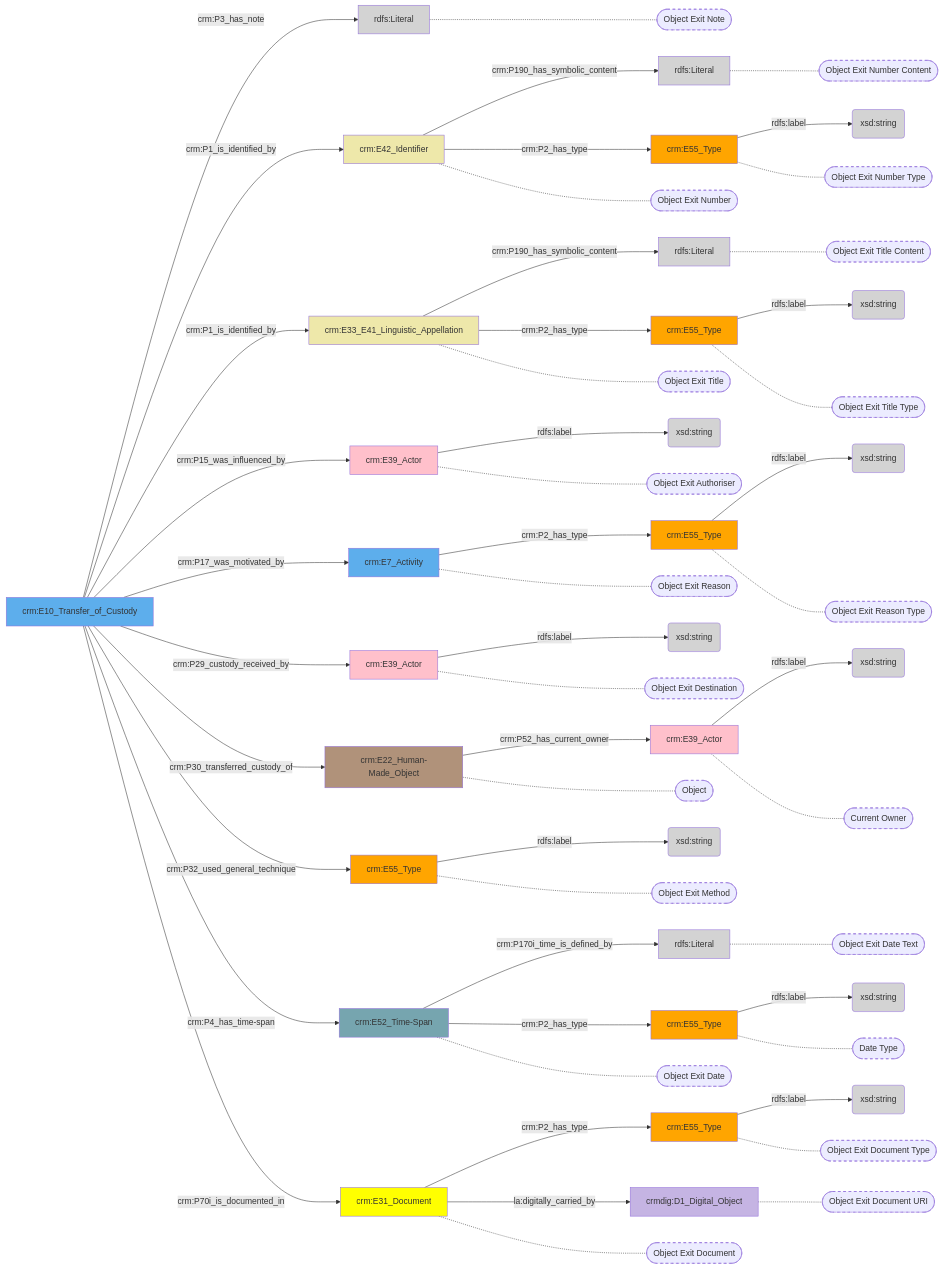
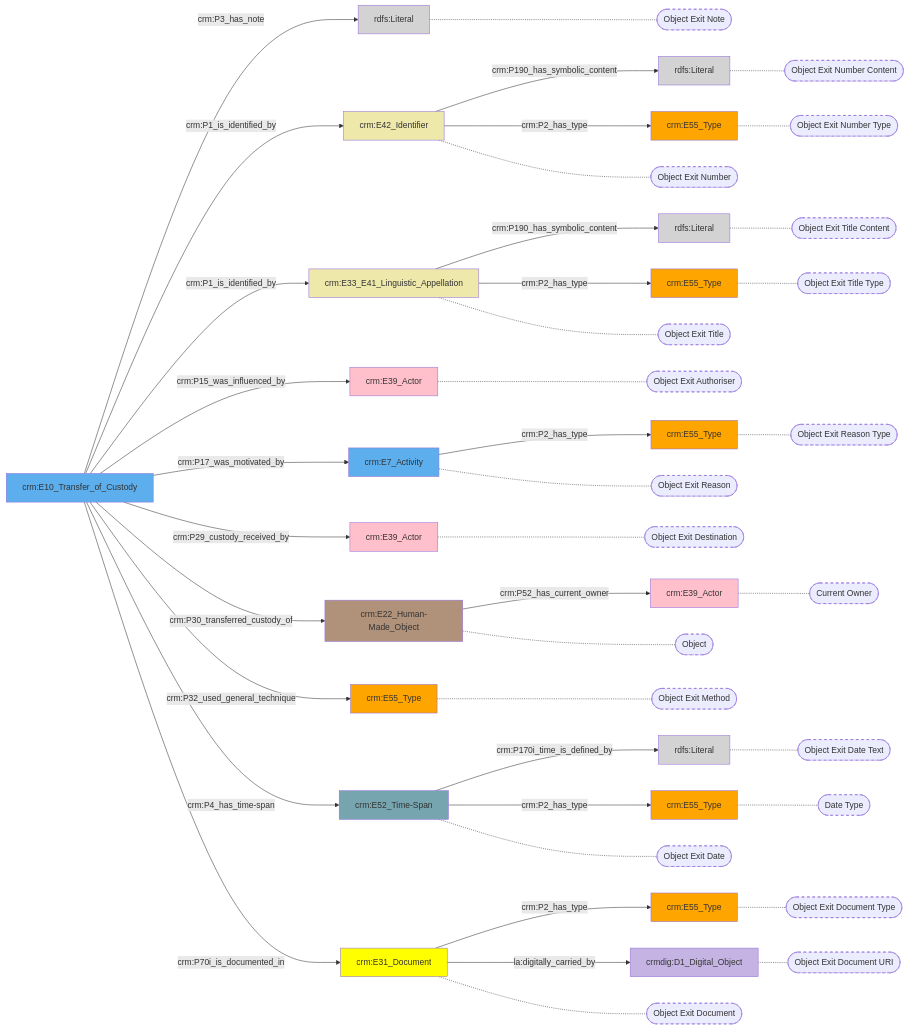
Before and after one commit to digipolisantwerpdocumentation/antwerp-cultureel-erfgoed: the diagram in docs/content/modellen/ObjectExit/na.md, drawn with Mermaid. The commit also changed 170 other files, not shown here.

````diff
--- a/docs/content/modellen/ObjectExit/na.md
+++ b/docs/content/modellen/ObjectExit/na.md
@@ -1,18 +1,30 @@
 ```mermaid
 graph LR
-c45a12c8-f0e5-11ee-87ed-960002548b4f["crm:E55_Type"]-->|"rdfs:label"|d2197a23-f0e5-11ee-87b8-960002548b4f(xsd:string)
+style a59d46eb-f0e5-11ee-a7f7-960002548b4f fill:#D3D3D3
+style c45a12c8-f0e5-11ee-87ed-960002548b4f fill:#ffa500
+style d8da3363-e53d-11ee-a83a-960002548b4f fill:#B0927A
+style d8da4e4c-e53d-11ee-949f-960002548b4f fill:#EEE8AA
+style d8da50b7-e53d-11ee-81f4-960002548b4f fill:#EEE8AA
+style d8da5318-e53d-11ee-9e14-960002548b4f fill:#76A5AF
+style d8da5585-e53d-11ee-a49f-960002548b4f fill:#ffa500
+style d8da57e5-e53d-11ee-b83e-960002548b4f fill:#D3D3D3
+style d8da5a57-e53d-11ee-afff-960002548b4f fill:#ffc0cb
+style d8da5d13-e53d-11ee-bac0-960002548b4f fill:#ffc0cb
+style d8da5f7a-e53d-11ee-bb1a-960002548b4f fill:#5DAEEC
+style d8da61e8-e53d-11ee-9265-960002548b4f fill:#ffff00
+style d8da6449-e53d-11ee-abdd-960002548b4f fill:#5DAEEC
+style d8da6a12-e53d-11ee-bf4f-960002548b4f fill:#ffc0cb
+style d8da6cc1-e53d-11ee-b287-960002548b4f fill:#D3D3D3
+style d8da6d39-e53d-11ee-9595-960002548b4f fill:#ffa500
+style d8da6e1b-e53d-11ee-b4f4-960002548b4f fill:#ffa500
+style d8da6f11-e53d-11ee-ac8f-960002548b4f fill:#D3D3D3
+style d8da7211-e53d-11ee-b5e1-960002548b4f fill:#ffa500
+style d8da72f2-e53d-11ee-9674-960002548b4f fill:#ffa500
+style d8da7446-e53d-11ee-961f-960002548b4f fill:#C5B4E3
 d8da4e4c-e53d-11ee-949f-960002548b4f["crm:E42_Identifier"]-->|"crm:P190_has_symbolic_content"|d8da6cc1-e53d-11ee-b287-960002548b4f(rdfs:Literal)
 d8da50b7-e53d-11ee-81f4-960002548b4f["crm:E33_E41_Linguistic_Appellation"]-->|"crm:P190_has_symbolic_content"|d8da6f11-e53d-11ee-ac8f-960002548b4f(rdfs:Literal)
 d8da5318-e53d-11ee-9e14-960002548b4f["crm:E52_Time-Span"]-->|"crm:P170i_time_is_defined_by"|a59d46eb-f0e5-11ee-a7f7-960002548b4f(rdfs:Literal)
-d8da5585-e53d-11ee-a49f-960002548b4f["crm:E55_Type"]-->|"rdfs:label"|d8da70b4-e53d-11ee-ae3f-960002548b4f(xsd:string)
-d8da5a57-e53d-11ee-afff-960002548b4f["crm:E39_Actor"]-->|"rdfs:label"|d8da7129-e53d-11ee-9fe3-960002548b4f(xsd:string)
-d8da5d13-e53d-11ee-bac0-960002548b4f["crm:E39_Actor"]-->|"rdfs:label"|d8da719d-e53d-11ee-b863-960002548b4f(xsd:string)
 d8da6449-e53d-11ee-abdd-960002548b4f["crm:E10_Transfer_of_Custody"]-->|"crm:P3_has_note"|d8da57e5-e53d-11ee-b83e-960002548b4f(rdfs:Literal)
-d8da6a12-e53d-11ee-bf4f-960002548b4f["crm:E39_Actor"]-->|"rdfs:label"|d8da6a81-e53d-11ee-a5ea-960002548b4f(xsd:string)
-d8da6d39-e53d-11ee-9595-960002548b4f["crm:E55_Type"]-->|"rdfs:label"|d8da6da9-e53d-11ee-bfe9-960002548b4f(xsd:string)
-d8da6e1b-e53d-11ee-b4f4-960002548b4f["crm:E55_Type"]-->|"rdfs:label"|d8da6e8c-e53d-11ee-9fa3-960002548b4f(xsd:string)
-d8da7211-e53d-11ee-b5e1-960002548b4f["crm:E55_Type"]-->|"rdfs:label"|d8da7282-e53d-11ee-8533-960002548b4f(xsd:string)
-d8da72f2-e53d-11ee-9674-960002548b4f["crm:E55_Type"]-->|"rdfs:label"|d8da73d6-e53d-11ee-94f6-960002548b4f(xsd:string)
 d8da3363-e53d-11ee-a83a-960002548b4f["crm:E22_Human-Made_Object"]-->|"crm:P52_has_current_owner"|d8da6a12-e53d-11ee-bf4f-960002548b4f["crm:E39_Actor"]
 d8da4e4c-e53d-11ee-949f-960002548b4f["crm:E42_Identifier"]-->|"crm:P2_has_type"|d8da6d39-e53d-11ee-9595-960002548b4f["crm:E55_Type"]
 d8da50b7-e53d-11ee-81f4-960002548b4f["crm:E33_E41_Linguistic_Appellation"]-->|"crm:P2_has_type"|d8da6e1b-e53d-11ee-b4f4-960002548b4f["crm:E55_Type"]
@@ -29,6 +41,26 @@
 d8da6449-e53d-11ee-abdd-960002548b4f["crm:E10_Transfer_of_Custody"]-->|"crm:P32_used_general_technique"|d8da5585-e53d-11ee-a49f-960002548b4f["crm:E55_Type"]
 d8da6449-e53d-11ee-abdd-960002548b4f["crm:E10_Transfer_of_Custody"]-->|"crm:P4_has_time-span"|d8da5318-e53d-11ee-9e14-960002548b4f["crm:E52_Time-Span"]
 d8da6449-e53d-11ee-abdd-960002548b4f["crm:E10_Transfer_of_Custody"]-->|"crm:P70i_is_documented_in"|d8da61e8-e53d-11ee-9265-960002548b4f["crm:E31_Document"]
+style d8da6a12-e53d-11ee-bf4f-960002548b4f_s stroke-dasharray: 5
+style d8da6cc1-e53d-11ee-b287-960002548b4f_s stroke-dasharray: 5
+style d8da6d39-e53d-11ee-9595-960002548b4f_s stroke-dasharray: 5
+style d8da6f11-e53d-11ee-ac8f-960002548b4f_s stroke-dasharray: 5
+style d8da6e1b-e53d-11ee-b4f4-960002548b4f_s stroke-dasharray: 5
+style a59d46eb-f0e5-11ee-a7f7-960002548b4f_s stroke-dasharray: 5
+style c45a12c8-f0e5-11ee-87ed-960002548b4f_s stroke-dasharray: 5
+style d8da7211-e53d-11ee-b5e1-960002548b4f_s stroke-dasharray: 5
+style d8da72f2-e53d-11ee-9674-960002548b4f_s stroke-dasharray: 5
+style d8da7446-e53d-11ee-961f-960002548b4f_s stroke-dasharray: 5
+style d8da4e4c-e53d-11ee-949f-960002548b4f_s stroke-dasharray: 5
+style d8da50b7-e53d-11ee-81f4-960002548b4f_s stroke-dasharray: 5
+style d8da5d13-e53d-11ee-bac0-960002548b4f_s stroke-dasharray: 5
+style d8da5f7a-e53d-11ee-bb1a-960002548b4f_s stroke-dasharray: 5
+style d8da5a57-e53d-11ee-afff-960002548b4f_s stroke-dasharray: 5
+style d8da57e5-e53d-11ee-b83e-960002548b4f_s stroke-dasharray: 5
+style d8da3363-e53d-11ee-a83a-960002548b4f_s stroke-dasharray: 5
+style d8da5585-e53d-11ee-a49f-960002548b4f_s stroke-dasharray: 5
+style d8da5318-e53d-11ee-9e14-960002548b4f_s stroke-dasharray: 5
+style d8da61e8-e53d-11ee-9265-960002548b4f_s stroke-dasharray: 5
 d8da6a12-e53d-11ee-bf4f-960002548b4f["crm:E39_Actor"]-.-d8da6a12-e53d-11ee-bf4f-960002548b4f_s(["Current Owner"])
 d8da6cc1-e53d-11ee-b287-960002548b4f["rdfs:Literal"]-.-d8da6cc1-e53d-11ee-b287-960002548b4f_s(["Object Exit Number Content"])
 d8da6d39-e53d-11ee-9595-960002548b4f["crm:E55_Type"]-.-d8da6d39-e53d-11ee-9595-960002548b4f_s(["Object Exit Number Type"])
@@ -49,54 +81,4 @@
 d8da5585-e53d-11ee-a49f-960002548b4f["crm:E55_Type"]-.-d8da5585-e53d-11ee-a49f-960002548b4f_s(["Object Exit Method"])
 d8da5318-e53d-11ee-9e14-960002548b4f["crm:E52_Time-Span"]-.-d8da5318-e53d-11ee-9e14-960002548b4f_s(["Object Exit Date"])
 d8da61e8-e53d-11ee-9265-960002548b4f["crm:E31_Document"]-.-d8da61e8-e53d-11ee-9265-960002548b4f_s(["Object Exit Document"])
-style d8da6a12-e53d-11ee-bf4f-960002548b4f_s stroke-dasharray: 5
-style d8da6cc1-e53d-11ee-b287-960002548b4f_s stroke-dasharray: 5
-style d8da6d39-e53d-11ee-9595-960002548b4f_s stroke-dasharray: 5
-style d8da6f11-e53d-11ee-ac8f-960002548b4f_s stroke-dasharray: 5
-style d8da6e1b-e53d-11ee-b4f4-960002548b4f_s stroke-dasharray: 5
-style a59d46eb-f0e5-11ee-a7f7-960002548b4f_s stroke-dasharray: 5
-style c45a12c8-f0e5-11ee-87ed-960002548b4f_s stroke-dasharray: 5
-style d8da7211-e53d-11ee-b5e1-960002548b4f_s stroke-dasharray: 5
-style d8da72f2-e53d-11ee-9674-960002548b4f_s stroke-dasharray: 5
-style d8da7446-e53d-11ee-961f-960002548b4f_s stroke-dasharray: 5
-style d8da4e4c-e53d-11ee-949f-960002548b4f_s stroke-dasharray: 5
-style d8da50b7-e53d-11ee-81f4-960002548b4f_s stroke-dasharray: 5
-style d8da5d13-e53d-11ee-bac0-960002548b4f_s stroke-dasharray: 5
-style d8da5f7a-e53d-11ee-bb1a-960002548b4f_s stroke-dasharray: 5
-style d8da5a57-e53d-11ee-afff-960002548b4f_s stroke-dasharray: 5
-style d8da57e5-e53d-11ee-b83e-960002548b4f_s stroke-dasharray: 5
-style d8da3363-e53d-11ee-a83a-960002548b4f_s stroke-dasharray: 5
-style d8da5585-e53d-11ee-a49f-960002548b4f_s stroke-dasharray: 5
-style d8da5318-e53d-11ee-9e14-960002548b4f_s stroke-dasharray: 5
-style d8da61e8-e53d-11ee-9265-960002548b4f_s stroke-dasharray: 5
-style a59d46eb-f0e5-11ee-a7f7-960002548b4f fill:#D3D3D3
-style c45a12c8-f0e5-11ee-87ed-960002548b4f fill:#ffa500
-style d2197a23-f0e5-11ee-87b8-960002548b4f fill:#D3D3D3
-style d8da3363-e53d-11ee-a83a-960002548b4f fill:#B0927A
-style d8da4e4c-e53d-11ee-949f-960002548b4f fill:#EEE8AA
-style d8da50b7-e53d-11ee-81f4-960002548b4f fill:#EEE8AA
-style d8da5318-e53d-11ee-9e14-960002548b4f fill:#76A5AF
-style d8da5585-e53d-11ee-a49f-960002548b4f fill:#ffa500
-style d8da57e5-e53d-11ee-b83e-960002548b4f fill:#D3D3D3
-style d8da5a57-e53d-11ee-afff-960002548b4f fill:#ffc0cb
-style d8da5d13-e53d-11ee-bac0-960002548b4f fill:#ffc0cb
-style d8da5f7a-e53d-11ee-bb1a-960002548b4f fill:#5DAEEC
-style d8da61e8-e53d-11ee-9265-960002548b4f fill:#ffff00
-style d8da6449-e53d-11ee-abdd-960002548b4f fill:#5DAEEC
-style d8da6a12-e53d-11ee-bf4f-960002548b4f fill:#ffc0cb
-style d8da6a81-e53d-11ee-a5ea-960002548b4f fill:#D3D3D3
-style d8da6cc1-e53d-11ee-b287-960002548b4f fill:#D3D3D3
-style d8da6d39-e53d-11ee-9595-960002548b4f fill:#ffa500
-style d8da6da9-e53d-11ee-bfe9-960002548b4f fill:#D3D3D3
-style d8da6e1b-e53d-11ee-b4f4-960002548b4f fill:#ffa500
-style d8da6e8c-e53d-11ee-9fa3-960002548b4f fill:#D3D3D3
-style d8da6f11-e53d-11ee-ac8f-960002548b4f fill:#D3D3D3
-style d8da70b4-e53d-11ee-ae3f-960002548b4f fill:#D3D3D3
-style d8da7129-e53d-11ee-9fe3-960002548b4f fill:#D3D3D3
-style d8da719d-e53d-11ee-b863-960002548b4f fill:#D3D3D3
-style d8da7211-e53d-11ee-b5e1-960002548b4f fill:#ffa500
-style d8da7282-e53d-11ee-8533-960002548b4f fill:#D3D3D3
-style d8da72f2-e53d-11ee-9674-960002548b4f fill:#ffa500
-style d8da73d6-e53d-11ee-94f6-960002548b4f fill:#D3D3D3
-style d8da7446-e53d-11ee-961f-960002548b4f fill:#C5B4E3
 ```
````
